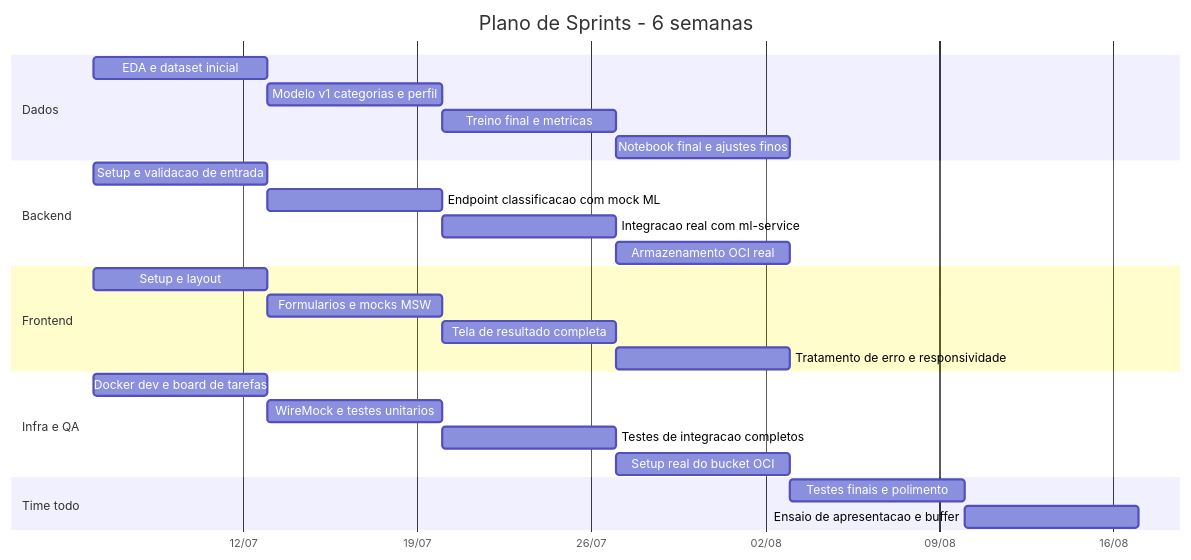
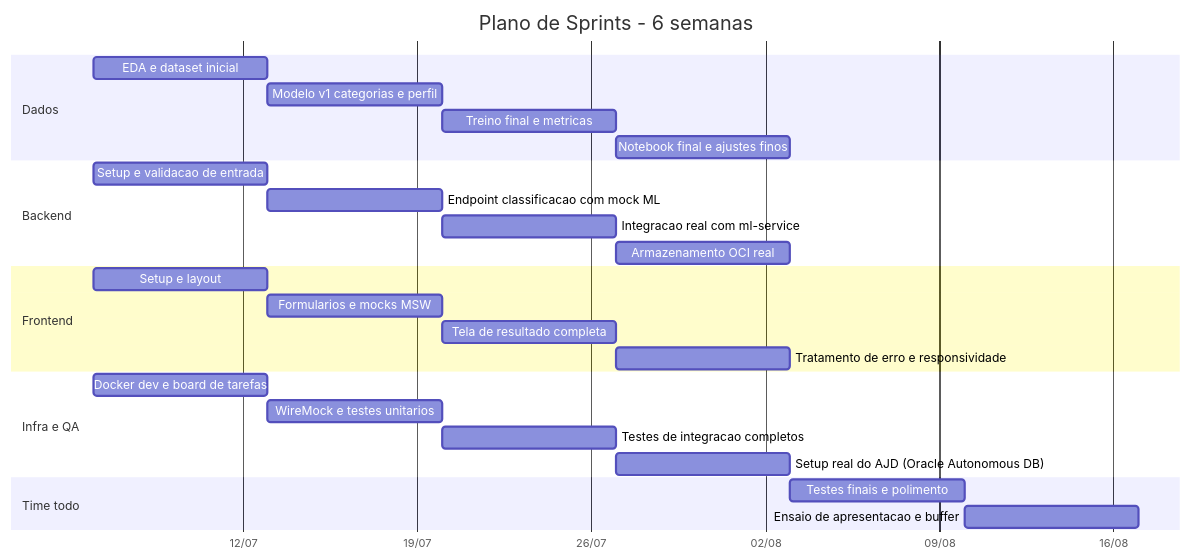
One commit to No-Country-simulation/G9-BR-Team-17-FinanceIA changed the second of 3 diagrams in docs/SPRINTS.md. Above: the diagram before and after it, drawn with Mermaid. The commit also changed other lines of this file and 1 other file, not shown here.

First line of the commit message:
docs: esclarece geracao de UUID e corrige referencias a OCI Object Storage

````diff
--- a/docs/SPRINTS.md
+++ b/docs/SPRINTS.md
@@ -57,29 +57,29 @@
 ```mermaid
 gantt
     title Plano de Sprints - 6 semanas
     dateFormat  YYYY-MM-DD
     axisFormat  %d/%m
     section Dados
     EDA e dataset inicial              :d1, 2026-07-06, 7d
     Modelo v1 categorias e perfil      :d2, after d1, 7d
     Treino final e metricas            :d3, after d2, 7d
     Notebook final e ajustes finos      :d4, after d3, 7d
     section Backend
     Setup e validacao de entrada        :b1, 2026-07-06, 7d
     Endpoint classificacao com mock ML  :b2, after b1, 7d
     Integracao real com ml-service      :b3, after b2, 7d
     Armazenamento OCI real               :b4, after b3, 7d
     section Frontend
     Setup e layout                      :f1, 2026-07-06, 7d
     Formularios e mocks MSW             :f2, after f1, 7d
     Tela de resultado completa           :f3, after f2, 7d
     Tratamento de erro e responsividade  :f4, after f3, 7d
     section Infra e QA
     Docker dev e board de tarefas         :i1, 2026-07-06, 7d
     WireMock e testes unitarios            :i2, after i1, 7d
     Testes de integracao completos         :i3, after i2, 7d
-    Setup real do bucket OCI                :i4, after i3, 7d
+    Setup real do AJD (Oracle Autonomous DB)  :i4, after i3, 7d
     section Time todo
     Testes finais e polimento              :t1, 2026-08-03, 7d
     Ensaio de apresentacao e buffer         :t2, after t1, 7d
 ```
````
